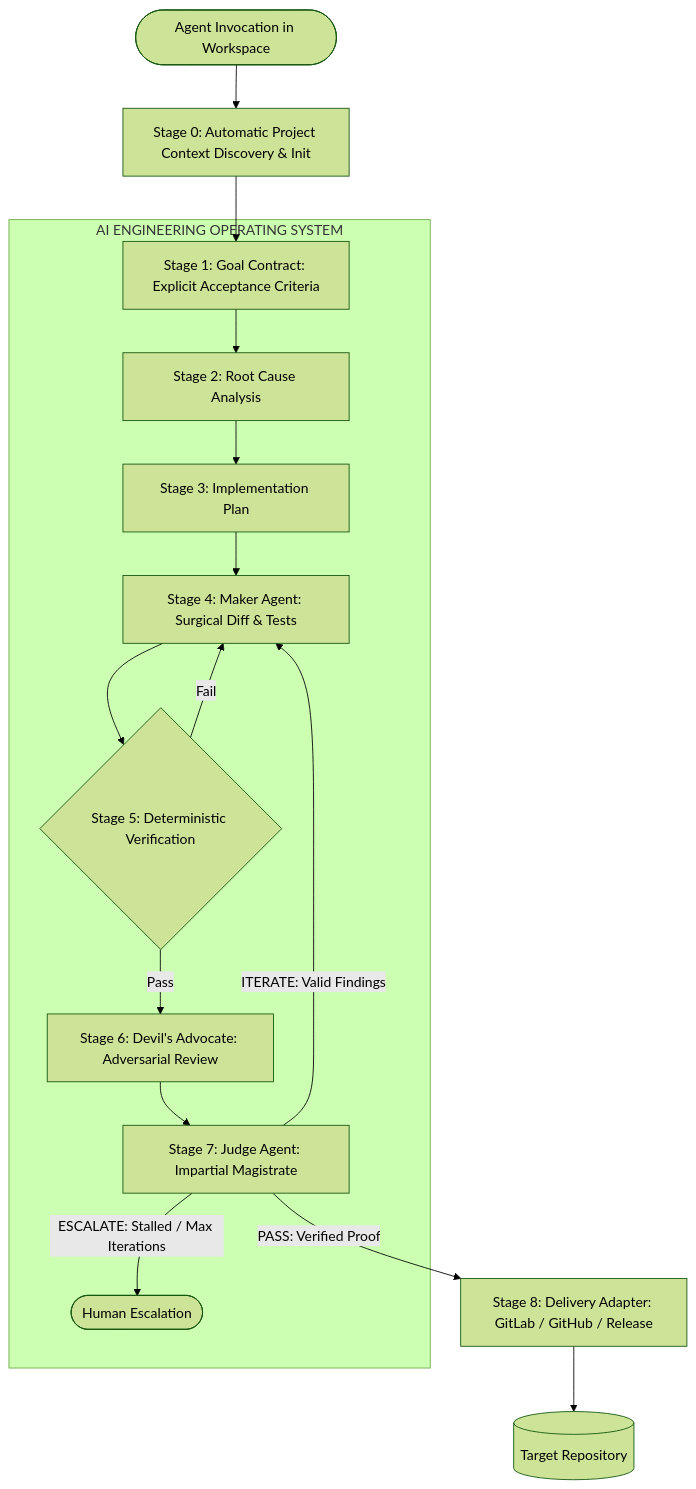
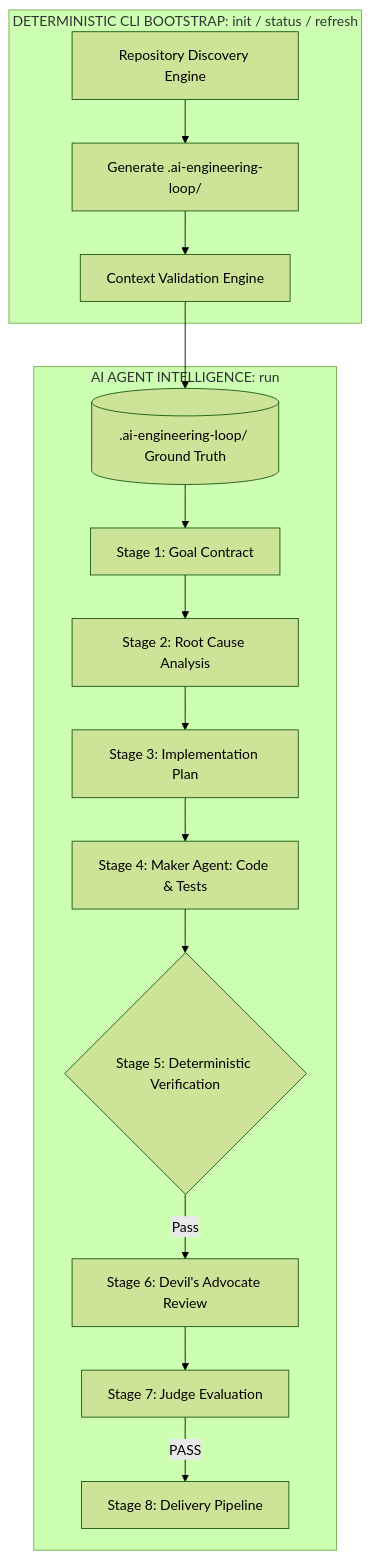
Before and after one commit to egagofur/ai-engineering-loop: the diagram in README.md, drawn with Mermaid (forest theme). The commit also changed other lines of this file and 3 other files, not shown here.

Commit message:
feat: separate CLI bootstrap (init, status, refresh) from AI agent execution (run)

````diff
--- a/README.md
+++ b/README.md
@@ -27,23 +27,20 @@
 ```mermaid
 flowchart TD
-    Start([Agent Invocation in Workspace]) --> Init[Stage 0: Automatic Project Context Discovery & Init]
-    Init --> GC[Stage 1: Goal Contract: Explicit Acceptance Criteria]
-    
-    subgraph CoreEngine [AI ENGINEERING OPERATING SYSTEM]
-        GC --> RCA[Stage 2: Root Cause Analysis]
+    subgraph CLI [DETERMINISTIC CLI BOOTSTRAP: init / status / refresh]
+        Discover[Repository Discovery Engine] --> ContextGen[Generate .ai-engineering-loop/]
+        ContextGen --> Validate[Context Validation Engine]
+    end
+
+    Validate --> ContextDir[(.ai-engineering-loop/ Ground Truth)]
+
+    subgraph Agent [AI AGENT INTELLIGENCE: run]
+        ContextDir --> GoalContract[Stage 1: Goal Contract]
+        GoalContract --> RCA[Stage 2: Root Cause Analysis]
         RCA --> Plan[Stage 3: Implementation Plan]
-        Plan --> MA[Stage 4: Maker Agent: Surgical Diff & Tests]
-        MA --> DV{Stage 5: Deterministic Verification}
-        
-        DV -->|Fail| MA
-        DV -->|Pass| DA[Stage 6: Devil's Advocate: Adversarial Review]
-        
-        DA --> JD[Stage 7: Judge Agent: Impartial Magistrate]
-        
-        JD -->|ITERATE: Valid Findings| MA
-        JD -->|ESCALATE: Stalled / Max Iterations| HE([Human Escalation])
+        Plan --> Maker[Stage 4: Maker Agent: Code & Tests]
+        Maker --> Verify{Stage 5: Deterministic Verification}
+        Verify -->|Pass| DA[Stage 6: Devil's Advocate Review]
+        DA --> Judge[Stage 7: Judge Evaluation]
+        Judge -->|PASS| Adapter[Stage 8: Delivery Pipeline]
     end
-    
-    JD -->|PASS: Verified Proof| Adapter[Stage 8: Delivery Adapter: GitLab / GitHub / Release]
-    Adapter --> TargetRepo[(Target Repository)]
 ```
````
